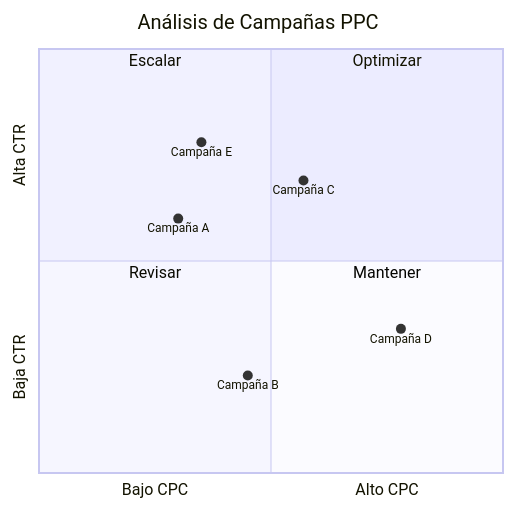
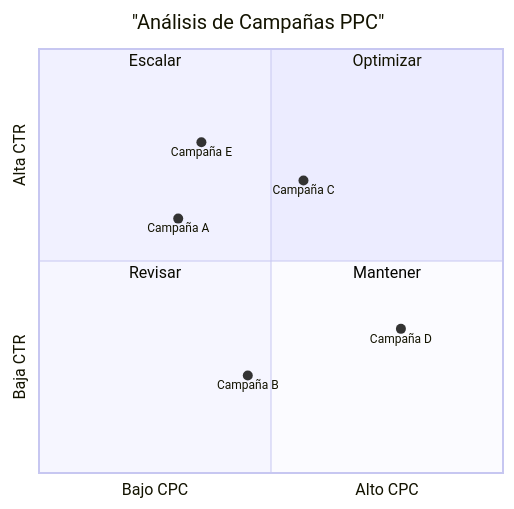
Before and after one commit to JovannyCO/ENTORNOS: the fifth of 6 diagrams in DIAGRAMAS/README.md, drawn with Mermaid.

Commit message:
quadrantChart

````diff
--- a/DIAGRAMAS/README.md
+++ b/DIAGRAMAS/README.md
@@ -144,15 +144,15 @@
 ```mermaid
 quadrantChart
-    title Análisis de Campañas PPC
+    title "Análisis de Campañas PPC"
     x-axis Bajo CPC --> Alto CPC
     y-axis Baja CTR --> Alta CTR
     quadrant-1 Optimizar
     quadrant-2 Escalar
     quadrant-3 Revisar
     quadrant-4 Mantener
     Campaña A: [0.3, 0.6]
     Campaña B: [0.45, 0.23]
     Campaña C: [0.57, 0.69]
     Campaña D: [0.78, 0.34]
     Campaña E: [0.35, 0.78]
 ```
````
